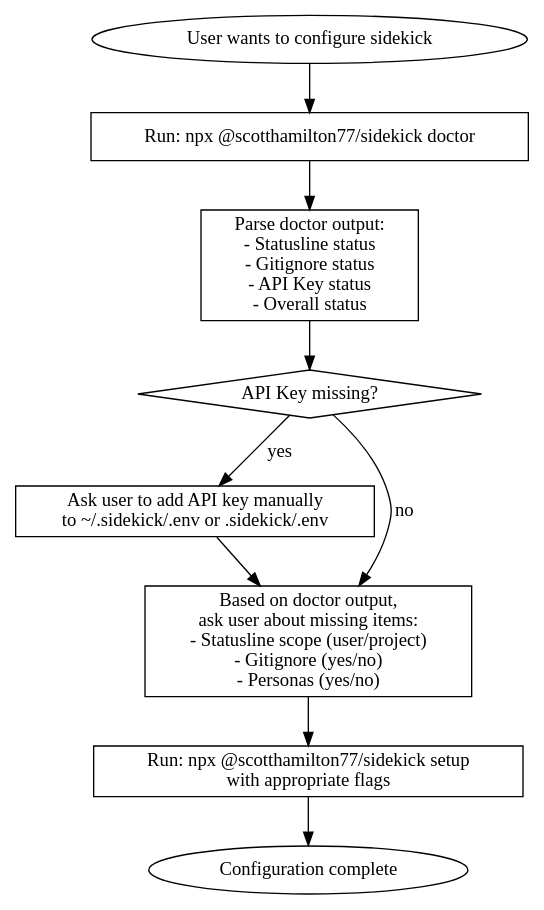
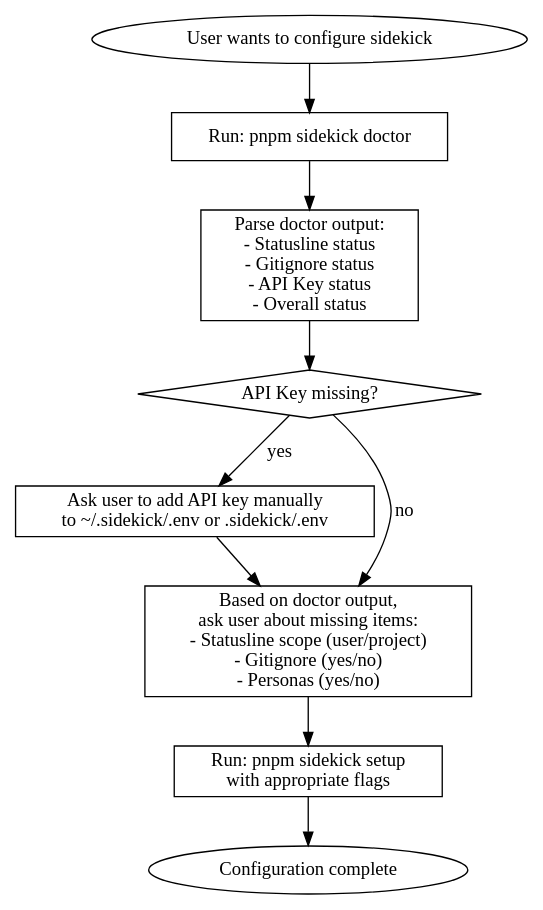
One commit to scotthamilton77/claude-code-sidekick changed the diagram in packages/sidekick-plugin/skills/sidekick-setup/SKILL.md. Above: the diagram before and after it, drawn with Graphviz. The commit also changed other lines of this file and 4 other files, not shown here.

````diff
--- a/packages/sidekick-plugin/skills/sidekick-setup/SKILL.md
+++ b/packages/sidekick-plugin/skills/sidekick-setup/SKILL.md
@@ -44,24 +44,24 @@
 ```dot
 digraph setup_flow {
     rankdir=TB;
     node [shape=box];
 
     start [label="User wants to configure sidekick" shape=ellipse];
-    run_doctor [label="Run: npx @scotthamilton77/sidekick doctor"];
+    run_doctor [label="Run: pnpm sidekick doctor"];
     parse_output [label="Parse doctor output:\n- Statusline status\n- Gitignore status\n- API Key status\n- Overall status"];
     check_apikey [label="API Key missing?" shape=diamond];
     ask_apikey [label="Ask user to add API key manually\nto ~/.sidekick/.env or .sidekick/.env"];
     gather_params [label="Based on doctor output,\nask user about missing items:\n- Statusline scope (user/project)\n- Gitignore (yes/no)\n- Personas (yes/no)"];
-    run_setup [label="Run: npx @scotthamilton77/sidekick setup\nwith appropriate flags"];
+    run_setup [label="Run: pnpm sidekick setup\nwith appropriate flags"];
     done [label="Configuration complete" shape=ellipse];
 
     start -> run_doctor;
     run_doctor -> parse_output;
     parse_output -> check_apikey;
     check_apikey -> ask_apikey [label="yes"];
     check_apikey -> gather_params [label="no"];
     ask_apikey -> gather_params;
     gather_params -> run_setup;
     run_setup -> done;
 }
 ```
````
